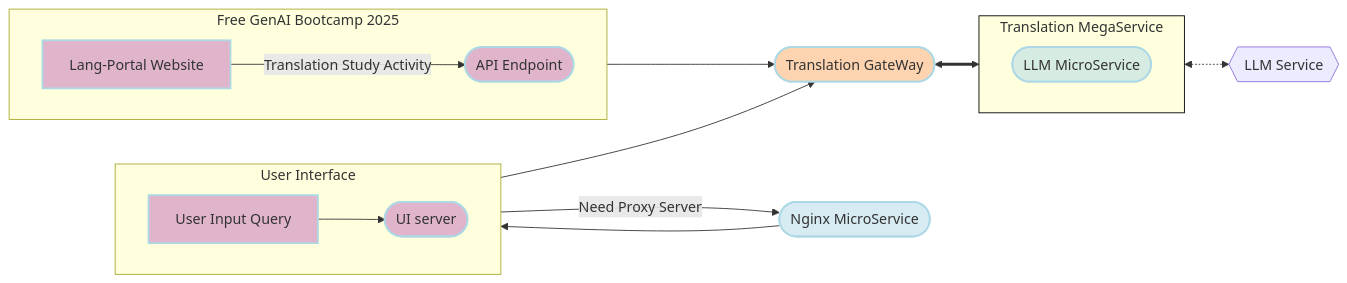
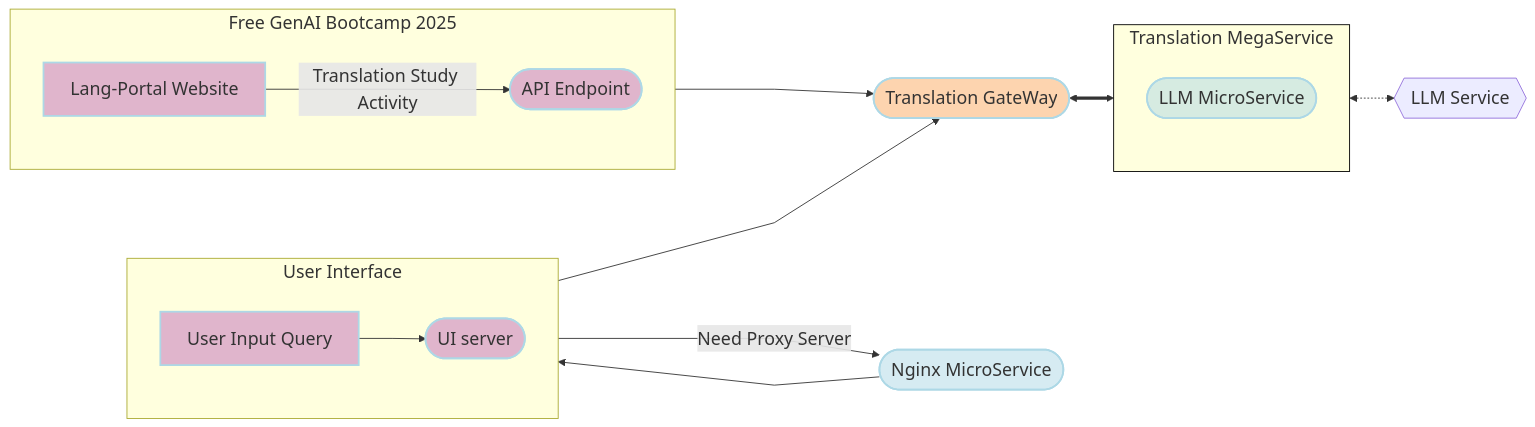
The diagram in opea-comps/mega-service/readme.md (VCharrua/free-genai-bootcamp-2025), drawn with Mermaid before and after one commit. The commit also changed other lines of this file and 5 other files, not shown here.

````diff
--- a/opea-comps/mega-service/readme.md
+++ b/opea-comps/mega-service/readme.md
@@ -20,48 +20,56 @@
 ```mermaid
+---
+config:
+  flowchart:
+    nodeSpacing: 100
+    curve: linear
+  themeVariables:
+    fontSize: 20px
+---
 flowchart LR
     %% Colors %%
     classDef blue fill:#ADD8E6,stroke:#ADD8E6,stroke-width:2px,fill-opacity:0.5
     classDef orange fill:#FBAA60,stroke:#ADD8E6,stroke-width:2px,fill-opacity:0.5
     classDef orchid fill:#C26DBC,stroke:#ADD8E6,stroke-width:2px,fill-opacity:0.5
     classDef invisible fill:transparent,stroke:transparent;
     style Translation-MegaService stroke:#000000
 
     %% Subgraphs %%
     subgraph Translation-MegaService["Translation MegaService "]
         direction LR
         LLM([LLM MicroService]):::blue
     end
     subgraph UserInterface[" User Interface "]
         direction LR
         a([User Input Query]):::orchid
         UI([UI server<br>]):::orchid
     end
     subgraph LPInterface[" Free GenAI Bootcamp 2025 "]
         direction LR
         a2([Lang-Portal Website]):::orchid
         LP([API Endpoint<br>]):::orchid
     end
 
     LLM_gen{{LLM Service <br>}}
     GW([Translation GateWay<br>]):::orange
     NG([Nginx MicroService]):::blue
 
     %% Questions interaction
     direction LR
     a[User Input Query] --> UI
     a[User Input Query] --> |Need Proxy Server|NG
     NG --> UI
     UI --> GW
     GW <==> Translation-MegaService
 
 
     %% Integration interaction
     direction LR
     a2[Lang-Portal Website] --> |Translation Study Activity|LP
     LP --> GW
 
 
     %% Embedding service flow
     direction LR
     LLM <-.-> LLM_gen
 ```
````
